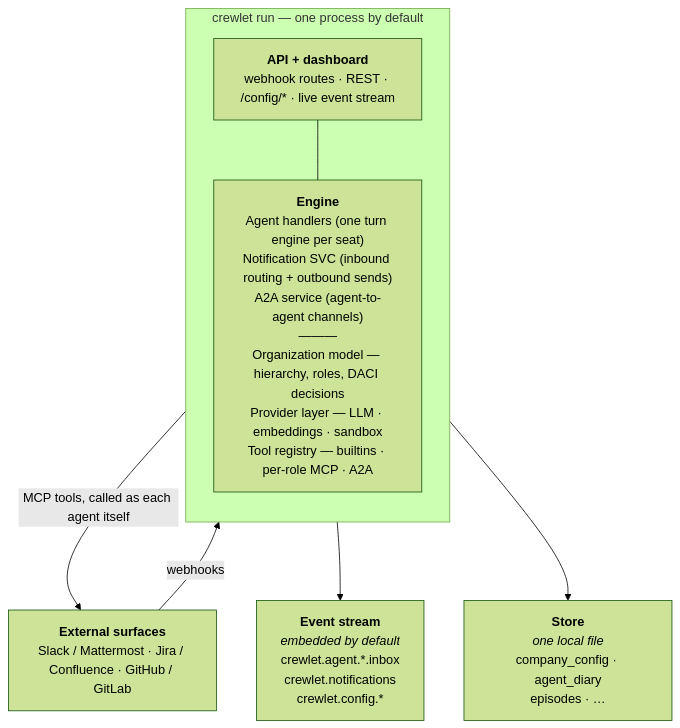
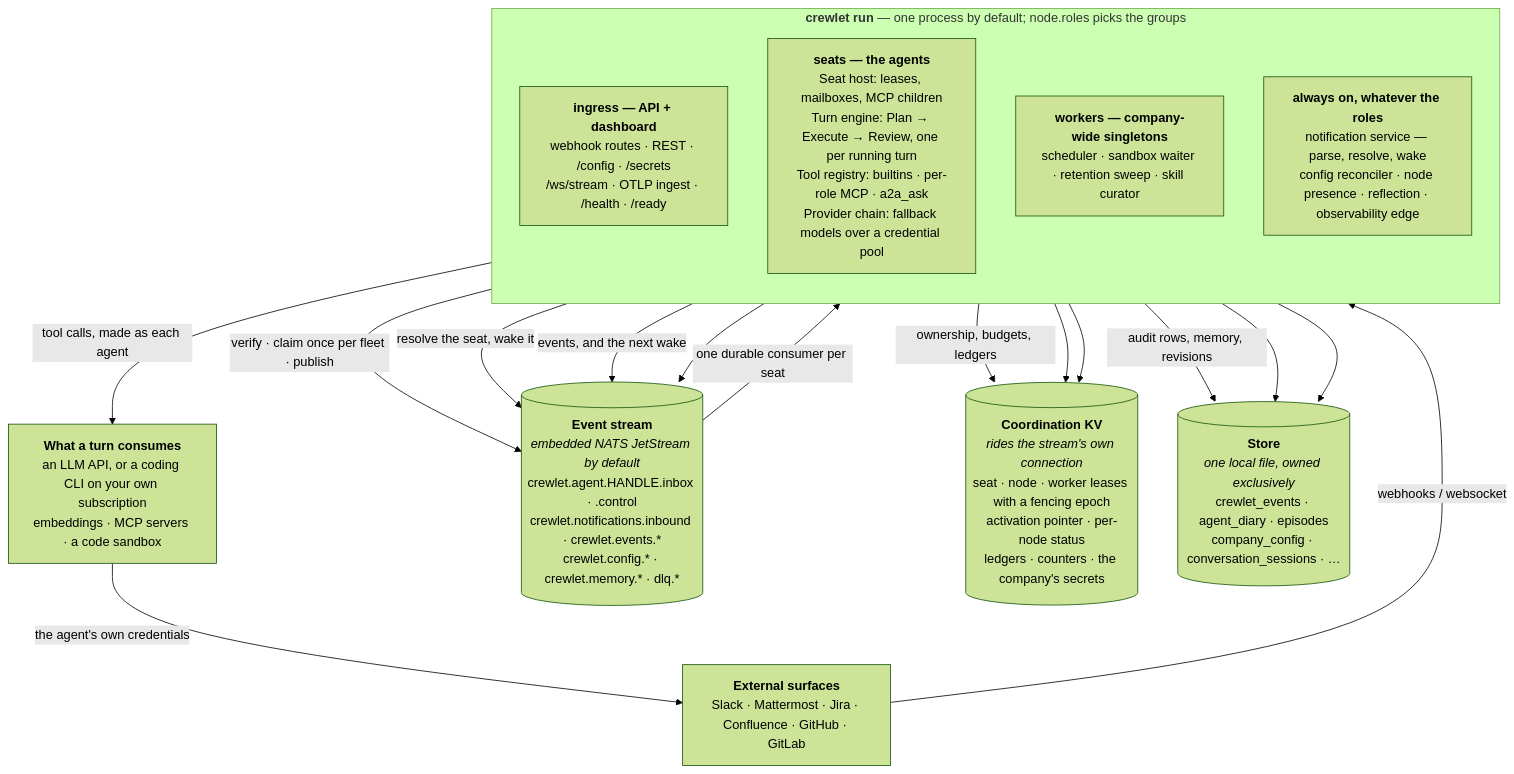
Before and after one commit to crewlet/crewlet: the diagram in docs/concepts/overview.md, drawn with Mermaid (forest theme). The commit also changed other lines of this file and 3 other files, not shown here.

````diff
--- a/docs/concepts/overview.md
+++ b/docs/concepts/overview.md
@@ -56,16 +56,32 @@
 ```mermaid
-flowchart TD
-    EXT["<b>External surfaces</b><br/>Slack / Mattermost · Jira / Confluence · GitHub / GitLab"]
-    subgraph proc["crewlet run — one process by default"]
+flowchart TB
+    EXT["<b>External surfaces</b><br/>Slack · Mattermost · Jira · Confluence · GitHub · GitLab"]
+    SUPPLY["<b>What a turn consumes</b><br/>an LLM API, or a coding CLI on your own subscription<br/>embeddings · MCP servers · a code sandbox"]
+
+    subgraph proc["<b>crewlet run</b> — one process by default; node.roles picks the groups"]
         direction TB
-        API["<b>API + dashboard</b><br/>webhook routes · REST · /config/* · live event stream"]
-        ENG["<b>Engine</b><br/>Agent handlers (one turn engine per seat)<br/>Notification SVC (inbound routing + outbound sends)<br/>A2A service (agent-to-agent channels)<br/>———<br/>Organization model — hierarchy, roles, DACI decisions<br/>Provider layer — LLM · embeddings · sandbox<br/>Tool registry — builtins · per-role MCP · A2A"]
-        API --- ENG
+        API["<b>ingress — API + dashboard</b><br/>webhook routes · REST · /config · /secrets<br/>/ws/stream · OTLP ingest · /health · /ready"]
+        SEAT["<b>seats — the agents</b><br/>Seat host: leases, mailboxes, MCP children<br/>Turn engine: Plan → Execute → Review, one per running turn<br/>Tool registry: builtins · per-role MCP · a2a_ask<br/>Provider chain: fallback models over a credential pool"]
+        DUTY["<b>workers — company-wide singletons</b><br/>scheduler · sandbox waiter · retention sweep · skill curator"]
+        CORE["<b>always on, whatever the roles</b><br/>notification service — parse, resolve, wake<br/>config reconciler · node presence · reflection · observability edge"]
     end
-    STREAM["<b>Event stream</b><br/><i>embedded by default</i><br/>crewlet.agent.*.inbox<br/>crewlet.notifications<br/>crewlet.config.*"]
-    DB["<b>Store</b><br/><i>one local file</i><br/>company_config · agent_diary<br/>episodes · …"]
-    EXT -->|webhooks| API
-    ENG -->|"MCP tools, called as each agent itself"| EXT
-    ENG --> STREAM
-    ENG --> DB
+
+    STREAM[("<b>Event stream</b><br/><i>embedded NATS JetStream by default</i><br/>crewlet.agent.HANDLE.inbox · .control<br/>crewlet.notifications.inbound · crewlet.events.*<br/>crewlet.config.* · crewlet.memory.* · dlq.*")]
+    KV[("<b>Coordination KV</b><br/><i>rides the stream's own connection</i><br/>seat · node · worker leases with a fencing epoch<br/>activation pointer · per-node status<br/>ledgers · counters · the company's secrets")]
+    DB[("<b>Store</b><br/><i>one local file, owned exclusively</i><br/>crewlet_events · agent_diary · episodes<br/>company_config · conversation_sessions · …")]
+
+    EXT -->|"webhooks / websocket"| API
+    API -->|"verify · claim once per fleet · publish"| STREAM
+    CORE -->|"resolve the seat, wake it"| STREAM
+    STREAM -->|"one durable consumer per seat"| SEAT
+    SEAT -->|"tool calls, made as each agent"| SUPPLY
+    SUPPLY -->|"the agent's own credentials"| EXT
+    SEAT -->|"events, and the next wake"| STREAM
+    DUTY --> STREAM
+    SEAT -->|"ownership, budgets, ledgers"| KV
+    CORE --> KV
+    DUTY --> KV
+    SEAT -->|"audit rows, memory, revisions"| DB
+    CORE --> DB
+    API --> DB
 ```
````
